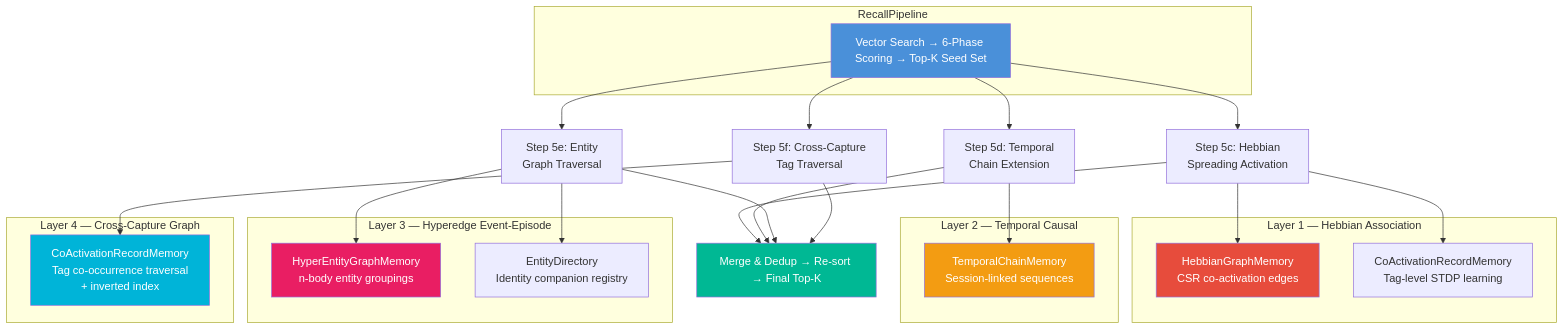
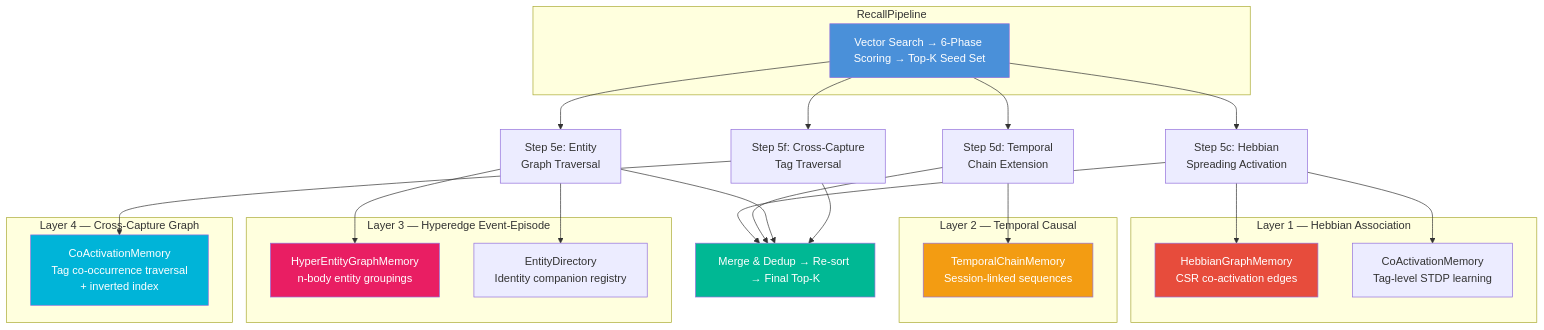
One commit to spectrayan/spector changed the first of 4 diagrams in docs/docs/memory/hebbian.md. Above: the diagram before and after it, drawn with Mermaid. The commit also changed other lines of this file and 379 other files, not shown here.

First line of the commit message:
refactor(memory): unified engram encoding header architecture (ADR-0030) and header fork collapse (#750)

````diff
--- a/docs/docs/memory/hebbian.md
+++ b/docs/docs/memory/hebbian.md
@@ -14,48 +14,48 @@
 ```mermaid
 graph TB
     subgraph "RecallPipeline"
         RP["Vector Search → 6-Phase Scoring → Top-K Seed Set"]
     end
 
     RP --> S5c["Step 5c: Hebbian<br/>Spreading Activation"]
     RP --> S5d["Step 5d: Temporal<br/>Chain Extension"]
     RP --> S5e["Step 5e: Entity<br/>Graph Traversal"]
     RP --> S5f["Step 5f: Cross-Capture<br/>Tag Traversal"]
 
     S5c --> M["Merge & Dedup → Re-sort → Final Top-K"]
     S5d --> M
     S5e --> M
     S5f --> M
 
     subgraph "Layer 1 — Hebbian Association"
         HG["HebbianGraphMemory<br/>CSR co-activation edges"]
-        CAT["CoActivationRecordMemory<br/>Tag-level STDP learning"]
+        CAT["CoActivationMemory<br/>Tag-level STDP learning"]
     end
 
     subgraph "Layer 2 — Temporal Causal"
         TC["TemporalChainMemory<br/>Session-linked sequences"]
     end
 
     subgraph "Layer 3 — Hyperedge Event-Episode"
         HEG["HyperEntityGraphMemory<br/>n-body entity groupings"]
         ED["EntityDirectory<br/>Identity companion registry"]
     end
 
     subgraph "Layer 4 — Cross-Capture Graph"
-        CCG["CoActivationRecordMemory<br/>Tag co-occurrence traversal<br/>+ inverted index"]
+        CCG["CoActivationMemory<br/>Tag co-occurrence traversal<br/>+ inverted index"]
     end
 
     S5c --> HG
     S5c --> CAT
     S5d --> TC
     S5e --> ED
     S5e --> HEG
     S5f --> CCG
 
     style RP fill:#4a90d9,color:white
     style M fill:#00b894,color:white
     style HG fill:#e74c3c,color:white
     style TC fill:#f39c12,color:white
     style HEG fill:#e91e63,color:white
     style CCG fill:#00b4d8,color:white
 ```
````
